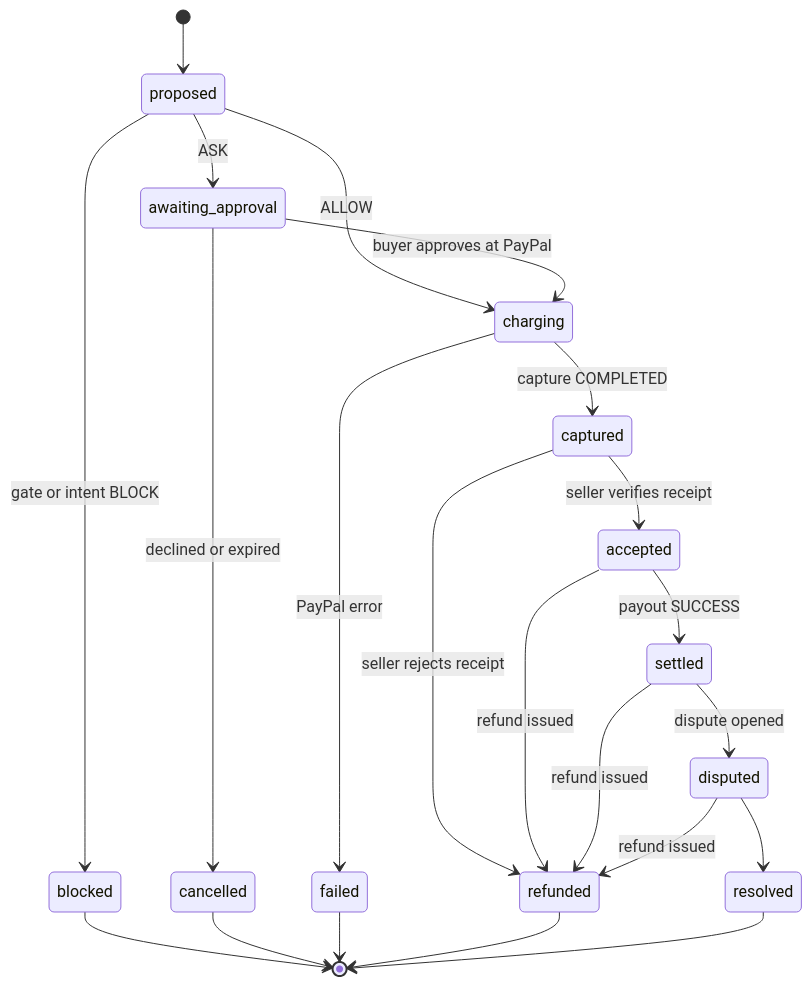
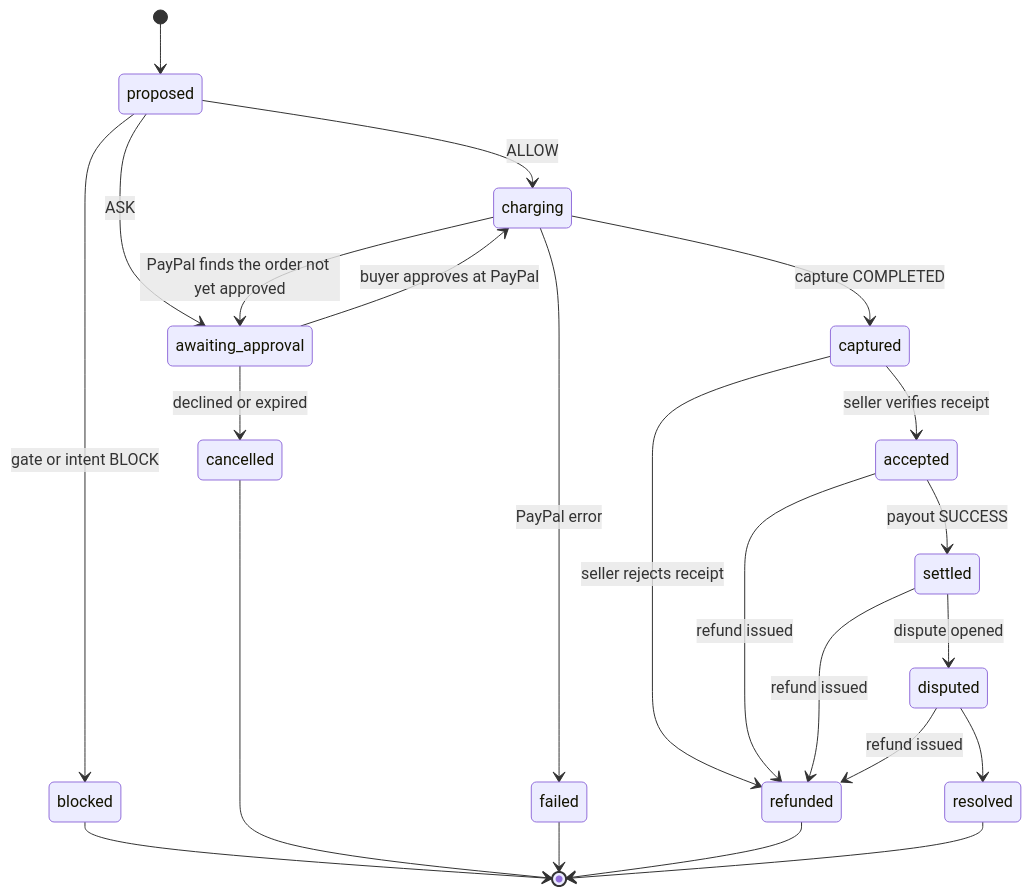
One commit to omsherikar/behest changed the second of 5 diagrams in docs/architecture.md. Above: the diagram before and after it, drawn with Mermaid.

Commit message:
Show the return to awaiting approval in the purchase lifecycle

````diff
--- a/docs/architecture.md
+++ b/docs/architecture.md
@@ -144,24 +144,25 @@
 ```mermaid
 stateDiagram-v2
   [*] --> proposed
   proposed --> blocked: gate or intent BLOCK
   proposed --> charging: ALLOW
   proposed --> awaiting_approval: ASK
   awaiting_approval --> charging: buyer approves at PayPal
   awaiting_approval --> cancelled: declined or expired
   charging --> captured: capture COMPLETED
   charging --> failed: PayPal error
+  charging --> awaiting_approval: PayPal finds the order not yet approved
   captured --> accepted: seller verifies receipt
   captured --> refunded: seller rejects receipt
   accepted --> settled: payout SUCCESS
   accepted --> refunded: refund issued
   settled --> disputed: dispute opened
   settled --> refunded: refund issued
   disputed --> refunded: refund issued
   disputed --> resolved
   blocked --> [*]
   cancelled --> [*]
   failed --> [*]
   refunded --> [*]
   resolved --> [*]
 ```
````
